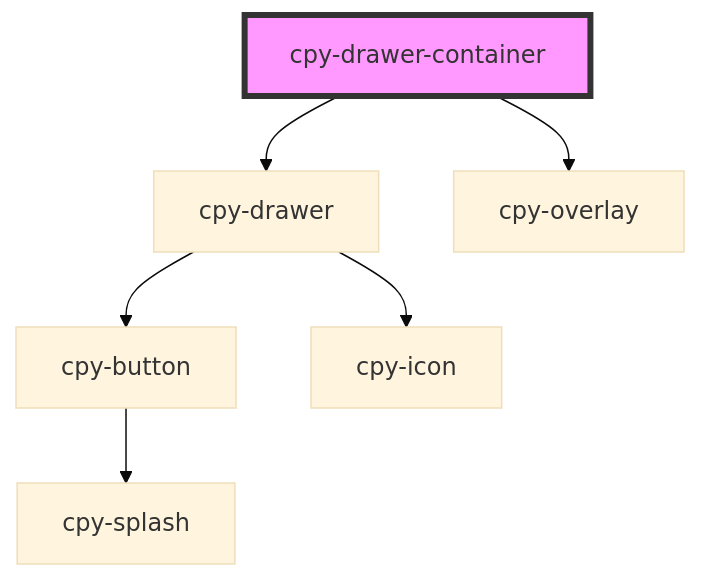
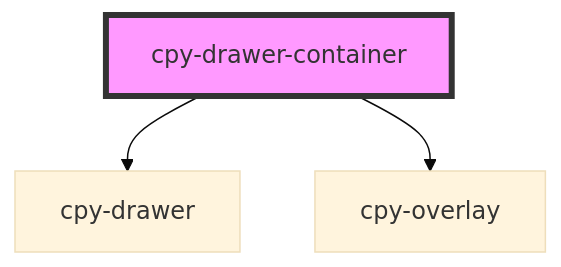
Before and after one commit to Lith1um/Canopy-Stencil: the diagram in stencil-lib/src/components/drawer-container/readme.md, drawn with Mermaid (base theme). The commit also changed other lines of this file and 10 other files, not shown here.

````diff
--- a/stencil-lib/src/components/drawer-container/readme.md
+++ b/stencil-lib/src/components/drawer-container/readme.md
@@ -43,9 +44,6 @@
 ```mermaid
 graph TD;
   cpy-drawer-container --> cpy-drawer
   cpy-drawer-container --> cpy-overlay
-  cpy-drawer --> cpy-button
-  cpy-drawer --> cpy-icon
-  cpy-button --> cpy-splash
   style cpy-drawer-container fill:#f9f,stroke:#333,stroke-width:4px
 ```
````
